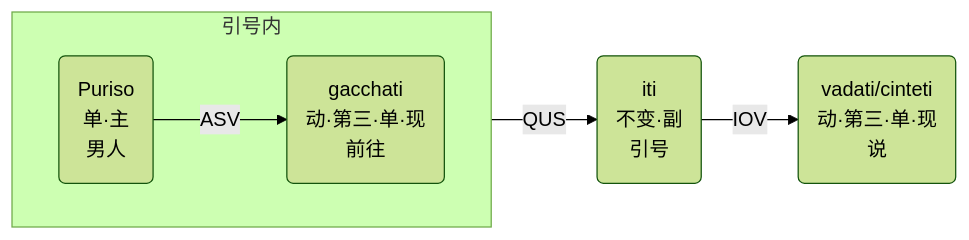
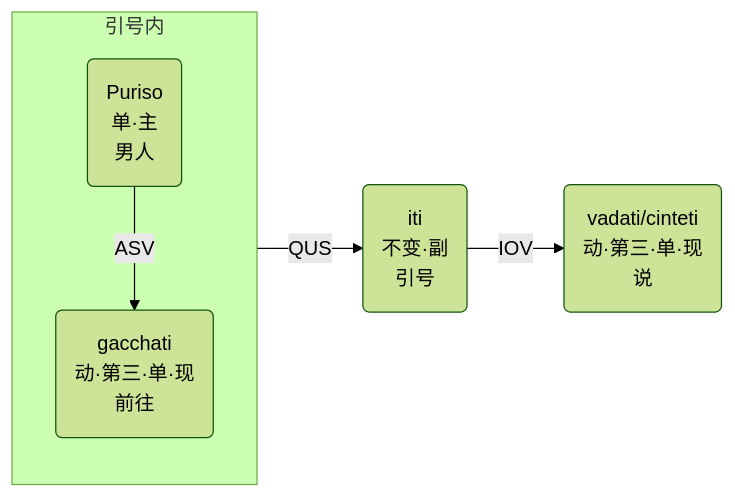
The third of 4 diagrams in src/advance-relation/1_iti.md (iapt-platform/pali-handbook), drawn with Mermaid (forest theme) before and after one commit. The commit also changed other lines of this file and 3 other files, not shown here.

Commit message:
修复mermaid

```diff
--- a/src/advance-relation/1_iti.md
+++ b/src/advance-relation/1_iti.md
@@ -61,10 +62,9 @@
 <div class="mermaid">
 flowchart LR
 subgraph "引号内"
-direction LR
 A("Puriso<br>单·主<br>男人<br>")
 B("gacchati<br>动·第三·单·现<br>前往")
 A--"ASV"-->B
 end
 引号内--QUS-->C("iti<br>不变·副<br>引号")--IOV-->D("vadati/cinteti<br>动·第三·单·现<br>说")
 </div>
```
